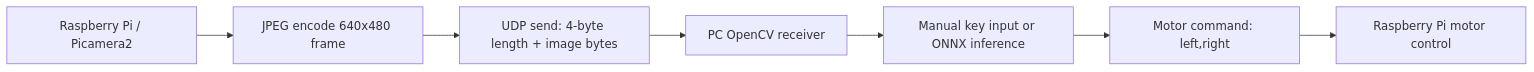
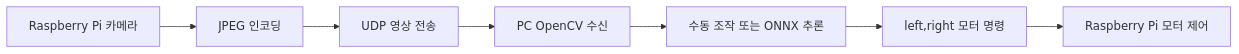
One commit to wndtk123456-beep/single-camera-rc-car changed the diagram in README.md. Above: the diagram before and after it, drawn with Mermaid. The commit also changed other lines of this file and 31 other files, not shown here.

````diff
--- a/README.md
+++ b/README.md
@@ -55,9 +93,9 @@
 ```mermaid
 flowchart LR
-    A["Raspberry Pi / Picamera2"] --> B["JPEG encode 640x480 frame"]
-    B --> C["UDP send: 4-byte length + image bytes"]
-    C --> D["PC OpenCV receiver"]
-    D --> E["Manual key input or ONNX inference"]
-    E --> F["Motor command: left,right"]
-    F --> G["Raspberry Pi motor control"]
+    A["Raspberry Pi 카메라"] --> B["JPEG 인코딩"]
+    B --> C["UDP 영상 전송"]
+    C --> D["PC OpenCV 수신"]
+    D --> E["수동 조작 또는 ONNX 추론"]
+    E --> F["left,right 모터 명령"]
+    F --> G["Raspberry Pi 모터 제어"]
 ```
````
